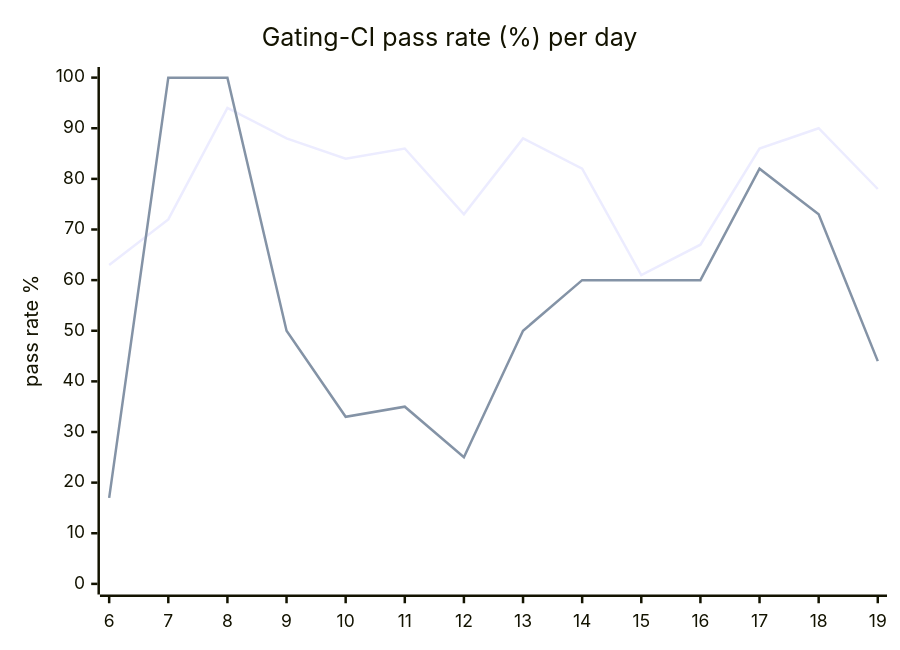
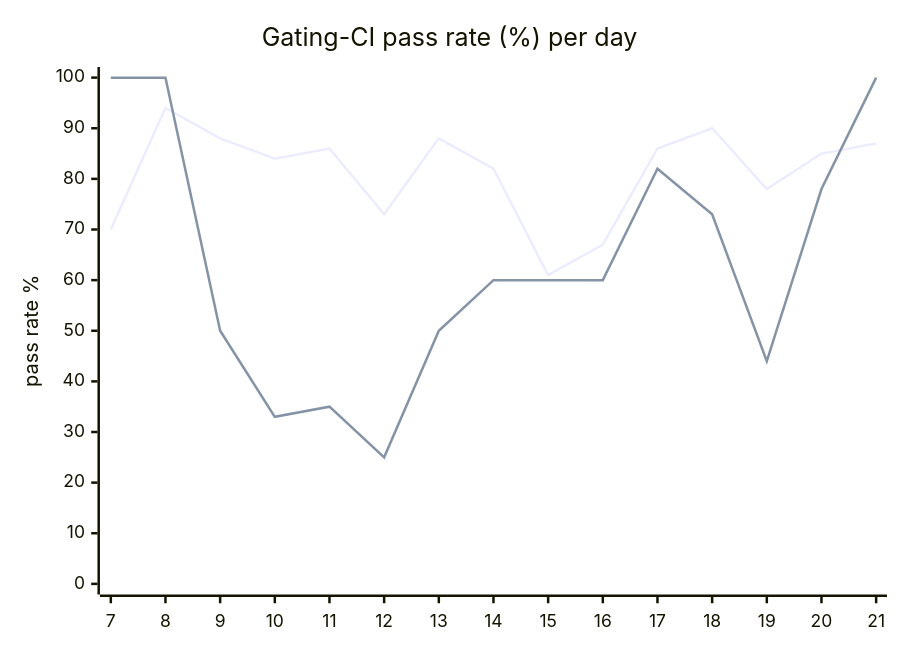
Before and after one commit to hatchet-dev/hatchet: the diagram in hack/ci/ci-dashboard/staging/issue.md, drawn with Mermaid. The commit also changed other lines of this file, not shown here.

````diff
--- a/hack/ci/ci-dashboard/staging/issue.md
+++ b/hack/ci/ci-dashboard/staging/issue.md
@@ -9,8 +9,8 @@
 ```mermaid
 xychart-beta
   title "Gating-CI pass rate (%) per day"
-  x-axis [6, 7, 8, 9, 10, 11, 12, 13, 14, 15, 16, 17, 18, 19]
+  x-axis [7, 8, 9, 10, 11, 12, 13, 14, 15, 16, 17, 18, 19, 20, 21]
   y-axis "pass rate %" 0 --> 100
-  line "CI" [63, 72, 94, 88, 84, 86, 73, 88, 82, 61, 67, 86, 90, 78]
-  line "main" [17, 100, 100, 50, 33, 35, 25, 50, 60, 60, 60, 82, 73, 44]
+  line "CI" [70, 94, 88, 84, 86, 73, 88, 82, 61, 67, 86, 90, 78, 85, 87]
+  line "main" [100, 100, 50, 33, 35, 25, 50, 60, 60, 60, 82, 73, 44, 78, 100]
 ```
````
